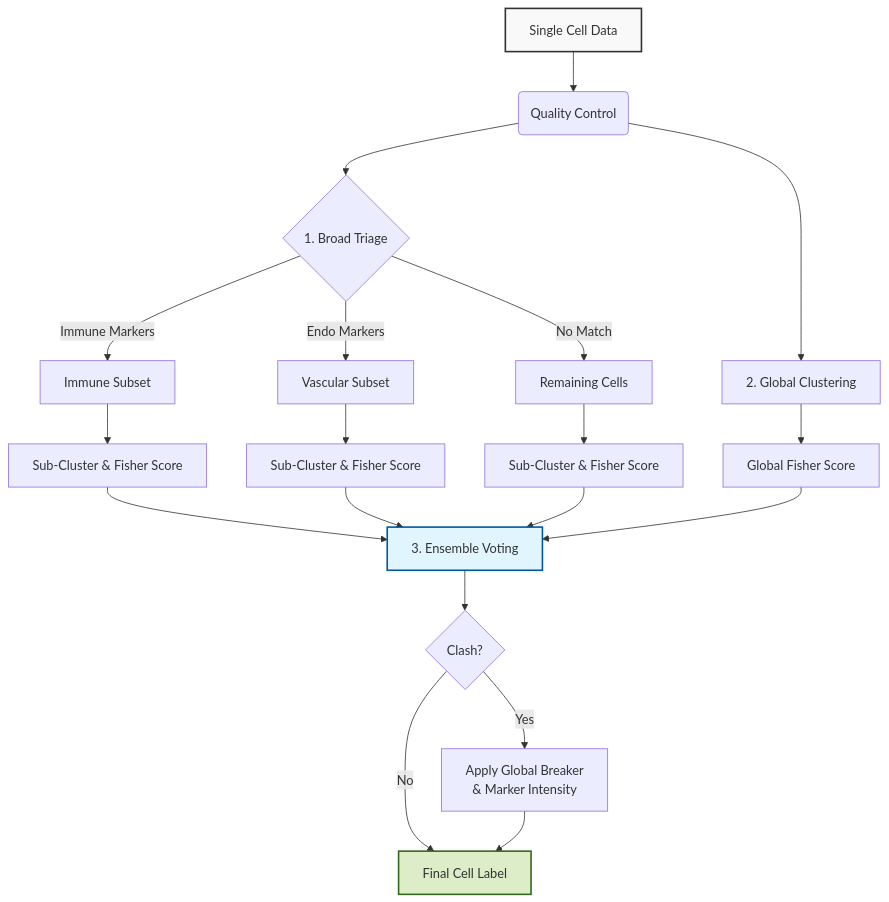
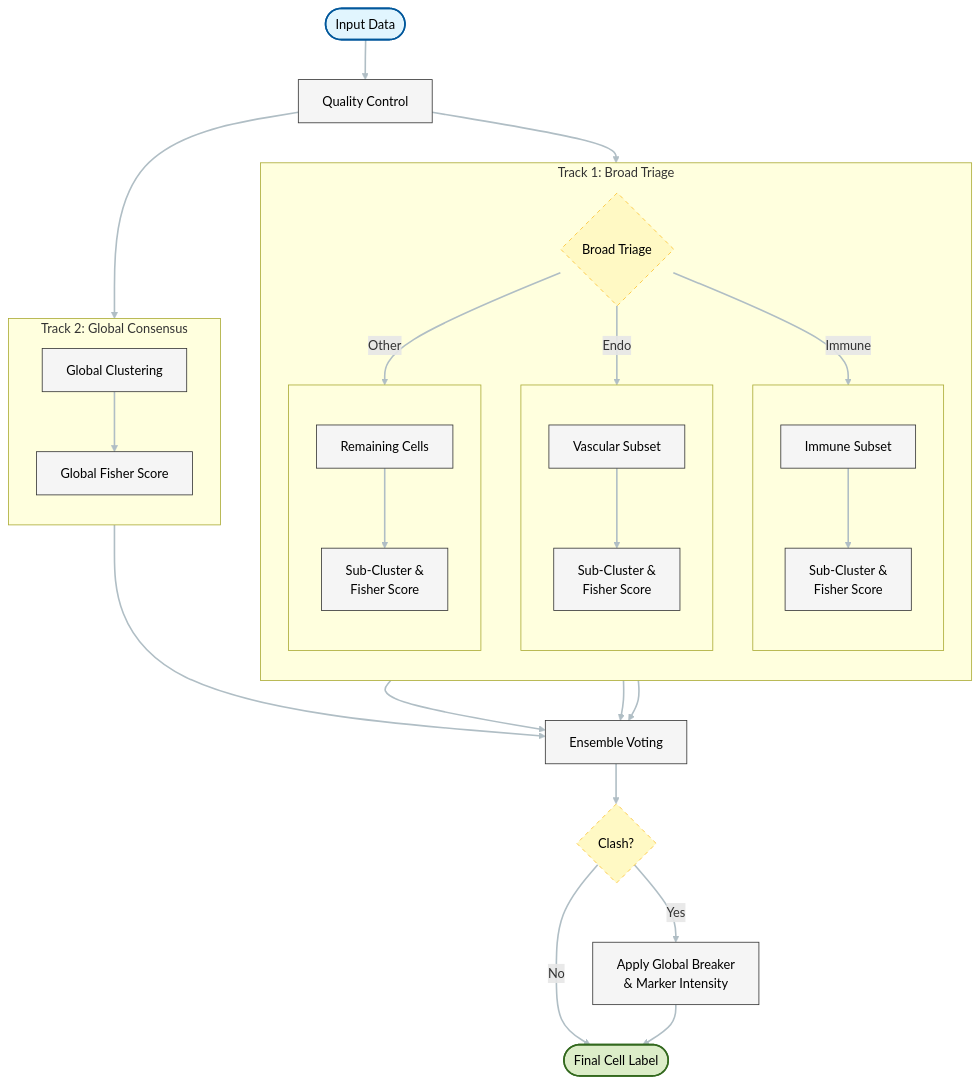
The diagram in README.md (ajxa/CellVoteR), drawn with Mermaid before and after one commit. The commit also changed 1 other file, not shown here.

Commit message:
changed the workflow diagram

````diff
--- a/README.md
+++ b/README.md
@@ -36,31 +36,67 @@
 ```mermaid
 graph TD
-    Input[Single Cell Data] --> QC(Quality Control)
-    QC --> Triage{1. Broad Triage}
+    %% --- Node Definitions ---
+    Input([Input Data]):::start
+    QC[Quality Control]:::proc
     
-    %% Triage Paths
-    Triage -- Immune Markers --> PathA[Immune Subset]
-    Triage -- Endo Markers --> PathB[Vascular Subset]
-    Triage -- No Match --> PathC[Remaining Cells]
+    %% Track 1: Triage
+    subgraph T1 [Track 1: Broad Triage]
+        direction TB
+        Triage{Broad Triage}:::decision
+        
+        %% Paths
+        subgraph P1 [ ]
+            direction TB
+            PathA[Immune Subset]:::proc
+            SubA[Sub-Cluster &<br/>Fisher Score]:::proc
+        end
+        
+        subgraph P2 [ ]
+            direction TB
+            PathB[Vascular Subset]:::proc
+            SubB[Sub-Cluster &<br/>Fisher Score]:::proc
+        end
+        
+        subgraph P3 [ ]
+            direction TB
+            PathC[Remaining Cells]:::proc
+            SubC[Sub-Cluster &<br/>Fisher Score]:::proc
+        end
+    end
+
+    %% Track 2: Global
+    subgraph T2 [Track 2: Global Consensus]
+        direction TB
+        Global[Global Clustering]:::proc
+        ScoreG[Global Fisher Score]:::proc
+    end
+
+    %% --- Logic Flow ---
+    Input --> QC
+    QC --> Triage
+    QC --> Global
     
-    %% Targeted Logic
-    PathA --> SubA[Sub-Cluster & Fisher Score]
-    PathB --> SubB[Sub-Cluster & Fisher Score]
-    PathC --> SubC[Sub-Cluster & Fisher Score]
+    Triage -- Immune --> PathA --> SubA
+    Triage -- Endo --> PathB --> SubB
+    Triage -- Other --> PathC --> SubC
     
-    %% Global Logic
-    QC --> Global[2. Global Clustering]
-    Global --> ScoreG[Global Fisher Score]
+    Global --> ScoreG
     
-    %% Consensus
-    SubA & SubB & SubC & ScoreG --> Vote[3. Ensemble Voting]
-    Vote --> Resolve{Clash?}
+    %% --- Voting & Resolution ---
+    SubA & SubB & SubC --> Vote[Ensemble Voting]:::proc
+    ScoreG --> Vote
     
-    Resolve -- Yes --> TieBreak[Apply Global Breaker\n& Marker Intensity]
-    Resolve -- No --> Final[Final Cell Label]
+    Vote --> Resolve{Clash?}:::decision
+    Resolve -- Yes --> TieBreak[Apply Global Breaker<br/>& Marker Intensity]:::proc
+    Resolve -- No --> Final([Final Cell Label]):::endnode
     TieBreak --> Final
+
+    %% --- Styling ---
+    %% Theme-Neutral Colors: Light fills with black text ensure readability in Dark Mode
+    classDef start fill:#e1f5fe,stroke:#01579b,stroke-width:2px,color:#000
+    classDef proc fill:#f5f5f5,stroke:#333,stroke-width:1px,color:#000
+    classDef decision fill:#fff9c4,stroke:#fbc02d,stroke-width:1px,stroke-dasharray: 5 5,color:#000
+    classDef endnode fill:#dcedc8,stroke:#33691e,stroke-width:2px,color:#000
     
-    style Input fill:#f9f9f9,stroke:#333,stroke-width:2px
-    style Vote fill:#e1f5fe,stroke:#01579b,stroke-width:2px
-    style Final fill:#dcedc8,stroke:#33691e,stroke-width:2px
+    linkStyle default stroke:#b0bec5,stroke-width:2px
 ```
````
